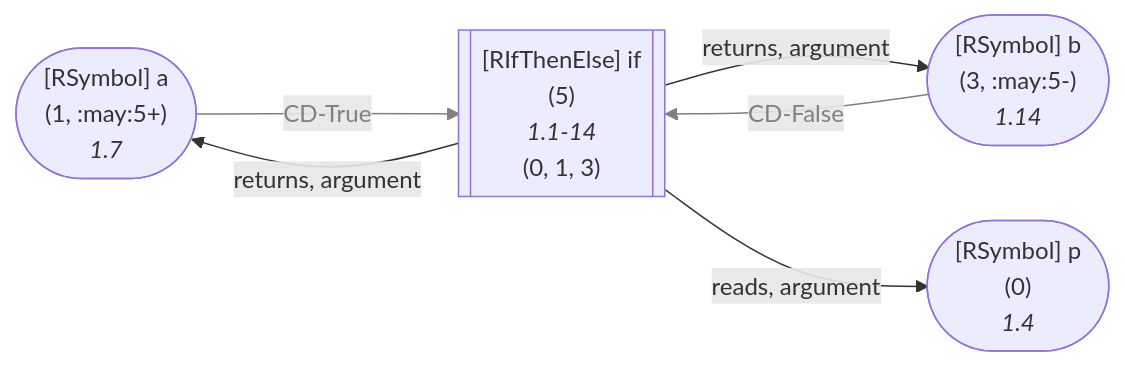
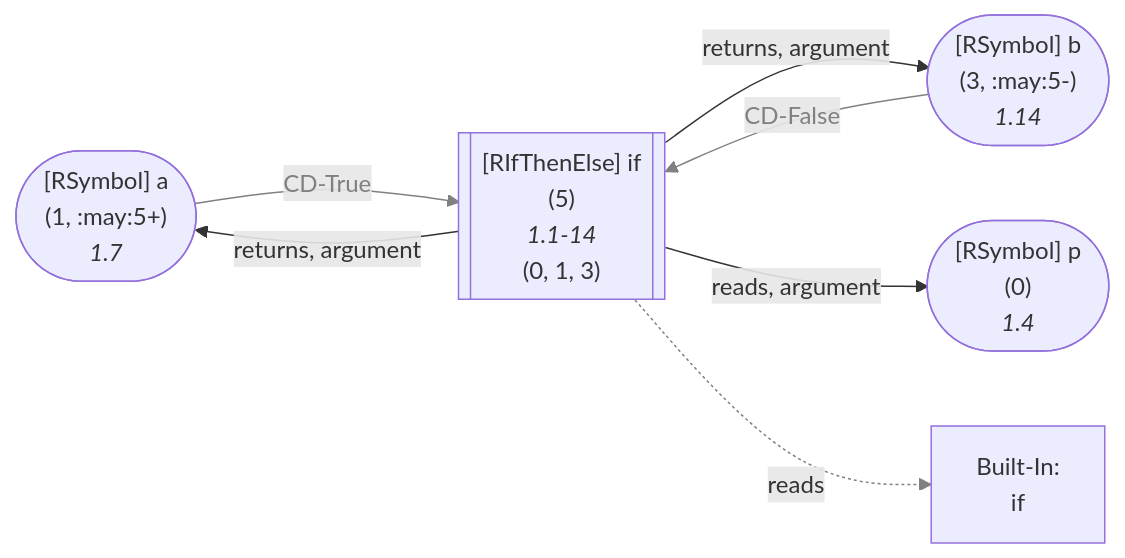
One commit to flowr-analysis/flowr changed diagram 14 of 48 in wiki/Dataflow Graph.md. Above: the diagram before and after it, drawn with Mermaid. The commit also changed other lines of this file and 7 other files, not shown here.

Commit message:
[skip ci] doc: update generated wiki pages (wiki/Capabilities,wiki/Dataflow Graph,wiki/Search API,wiki/Interface,wiki/Control Flow Graph,wiki/Linting and Testing,wiki/Core,README)

````diff
--- a/wiki/Dataflow Graph.md
+++ b/wiki/Dataflow Graph.md
@@ -2183,23 +2294,27 @@
 ```mermaid
 flowchart LR
     0(["`#91;RSymbol#93; p
       (0)
       *1.4*`"])
     1(["`#91;RSymbol#93; a
       (1, :may:5+)
       *1.7*`"])
     3(["`#91;RSymbol#93; b
       (3, :may:5-)
       *1.14*`"])
     5[["`#91;RIfThenElse#93; if
       (5)
       *1.1-14*
     (0, 1, 3)`"]]
+    built-in:if["`Built-In:
+if`"]
     1 -->|"CD-True"| 5
     linkStyle 0 stroke:gray,color:gray;
     3 -->|"CD-False"| 5
     linkStyle 1 stroke:gray,color:gray;
     5 -->|"returns, argument"| 1
     5 -->|"returns, argument"| 3
     5 -->|"reads, argument"| 0
+    5 -.->|"reads"| built-in:if
+    linkStyle 5 stroke:gray;
 ```
````
